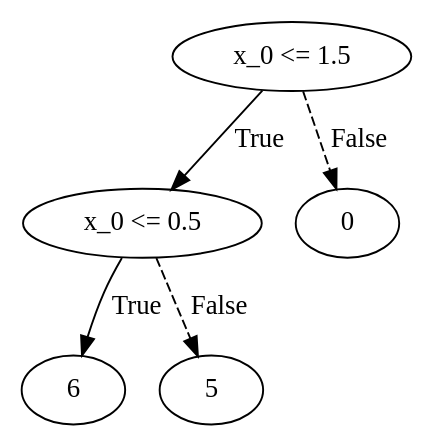
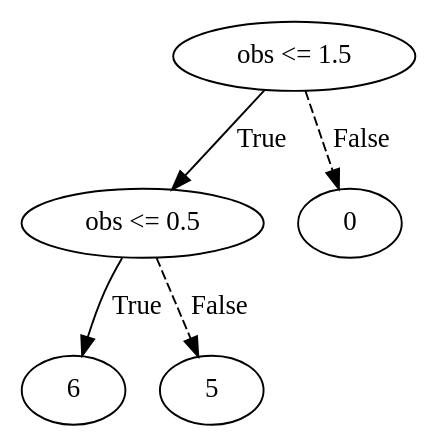
One commit to muqsit-azeem/pomdp-explainable-strategies changed the diagram in quantitative/explainable-fsc/web-mall-cutoffstrategy/memory-transitions/0/default.dot. Above: the diagram before and after it, drawn with Graphviz. The commit also changed 1006 other files, not shown here.

```diff
--- a/quantitative/explainable-fsc/web-mall-cutoffstrategy/memory-transitions/0/default.dot
+++ b/quantitative/explainable-fsc/web-mall-cutoffstrategy/memory-transitions/0/default.dot
@@ -1,12 +1,12 @@
 digraph {
-0 [label="x_0 <= 1.5"];
-1 [label="x_0 <= 0.5"];
+0 [label="obs <= 1.5"];
+1 [label="obs <= 0.5"];
 2 [label="6"];
 1 -> 2 [label="True"];
 3 [label="5"];
 1 -> 3 [style="dashed", label="False"];
 0 -> 1 [label="True"];
 4 [label="0"];
 0 -> 4 [style="dashed", label="False"];
 
 }
```
